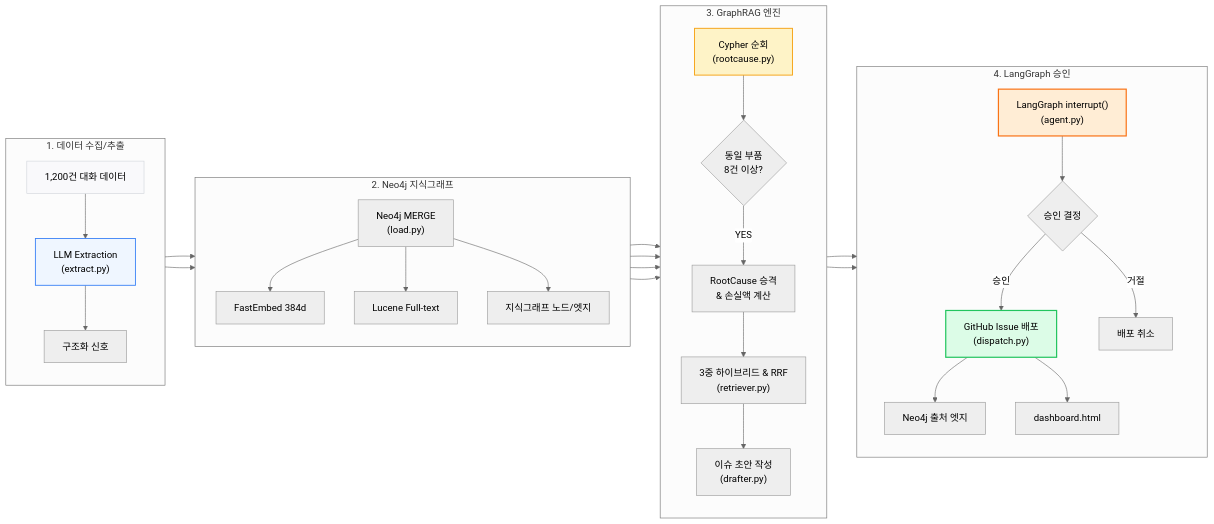
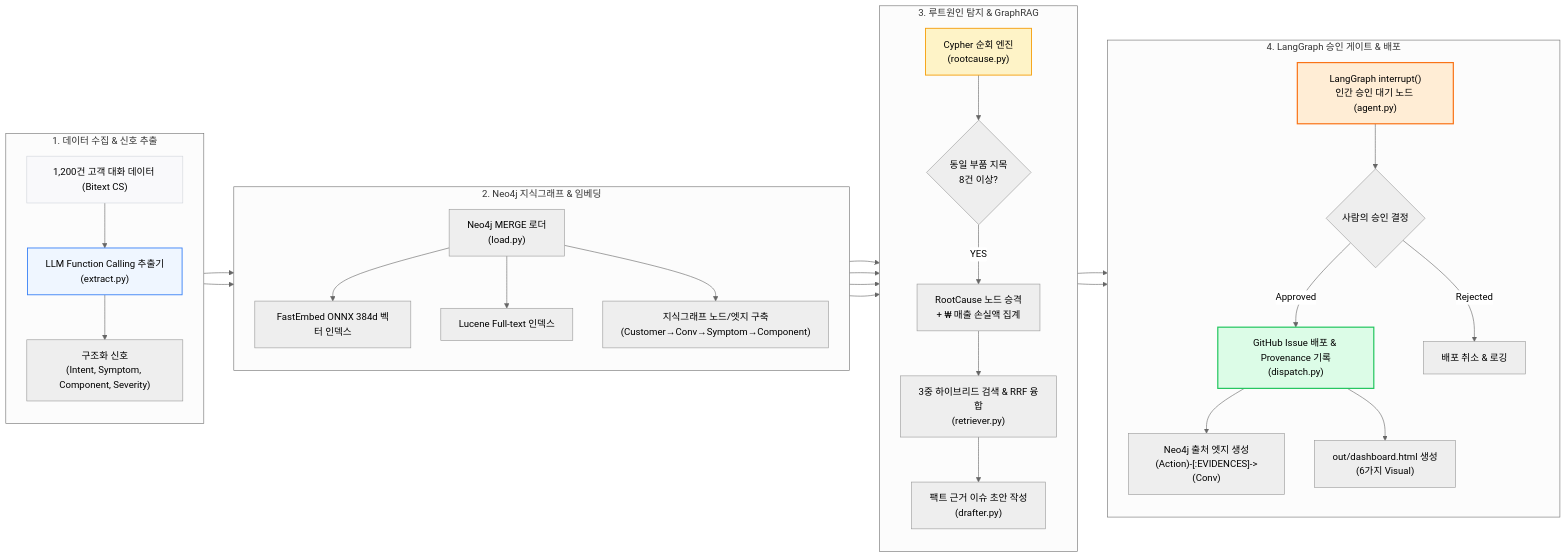
Before and after one commit to kanziman/channel-voc-demo: the second of 4 diagrams in README.md, drawn with Mermaid (neutral theme). The commit also changed other lines of this file, not shown here.

Commit message:
docs(readme): restore full diagram text details with compact horizontal rendering layout

````diff
--- a/README.md
+++ b/README.md
@@ -81,47 +81,47 @@
 ```mermaid
 flowchart LR
-    subgraph DataIngestion ["1. 데이터 수집/추출"]
+    subgraph DataIngestion ["1. 데이터 수집 & 신호 추출"]
         direction TB
-        RAW["1,200건 대화 데이터"] --> EXTRACT["LLM Extraction\n(extract.py)"]
-        EXTRACT --> SIGNALS["구조화 신호"]
+        RAW["1,200건 고객 대화 데이터 (Bitext CS)"] --> EXTRACT["LLM Function Calling 추출기\n(extract.py)"]
+        EXTRACT --> SIGNALS["구조화 신호\n(Intent, Symptom, Component, Severity)"]
     end
 
-    subgraph KnowledgeGraph ["2. Neo4j 지식그래프"]
+    subgraph KnowledgeGraph ["2. Neo4j 지식그래프 & 임베딩"]
         direction TB
-        SIGNALS --> KG_LOAD["Neo4j MERGE\n(load.py)"]
-        KG_LOAD --> DENSE["FastEmbed 384d"]
-        KG_LOAD --> SPARSE["Lucene Full-text"]
-        KG_LOAD --> GRAPH_NODES["지식그래프 노드/엣지"]
+        SIGNALS --> KG_LOAD["Neo4j MERGE 로더\n(load.py)"]
+        KG_LOAD --> DENSE["FastEmbed ONNX 384d 벡터 인덱스"]
+        KG_LOAD --> SPARSE["Lucene Full-text 인덱스"]
+        KG_LOAD --> GRAPH_NODES["지식그래프 노드/엣지 구축\n(Customer→Conv→Symptom→Component)"]
     end
 
-    subgraph RootCauseEngine ["3. GraphRAG 엔진"]
+    subgraph RootCauseEngine ["3. 루트원인 탐지 & GraphRAG"]
         direction TB
-        GRAPH_NODES --> CYPHER["Cypher 순회\n(rootcause.py)"]
-        CYPHER --> PROMOTION{"동일 부품\n8건 이상?"}
-        PROMOTION -- YES --> RC_PROMOTE["RootCause 승격\n& 손실액 계산"]
+        GRAPH_NODES --> CYPHER["Cypher 순회 엔진\n(rootcause.py)"]
+        CYPHER --> PROMOTION{"동일 부품 지목\n8건 이상?"}
+        PROMOTION -- YES --> RC_PROMOTE["RootCause 노드 승격\n+ ₩ 매출 손실액 집계"]
         
-        RC_PROMOTE --> RRF_RETRIEVER["3중 하이브리드 & RRF\n(retriever.py)"]
+        RC_PROMOTE --> RRF_RETRIEVER["3중 하이브리드 검색 & RRF 융합\n(retriever.py)"]
         DENSE --> RRF_RETRIEVER
         SPARSE --> RRF_RETRIEVER
-        RRF_RETRIEVER --> DRAFTER["이슈 초안 작성\n(drafter.py)"]
+        RRF_RETRIEVER --> DRAFTER["팩트 근거 이슈 초안 작성\n(drafter.py)"]
     end
 
-    subgraph HumanInTheLoop ["4. LangGraph 승인"]
+    subgraph HumanInTheLoop ["4. LangGraph 승인 게이트 & 배포"]
         direction TB
-        DRAFTER --> INTERRUPT["LangGraph interrupt()\n(agent.py)"]
-        INTERRUPT --> APPROVAL{"승인 결정"}
-        APPROVAL -- 승인 --> DISPATCH["GitHub Issue 배포\n(dispatch.py)"]
-        APPROVAL -- 거절 --> REJECT["배포 취소"]
+        DRAFTER --> INTERRUPT["LangGraph interrupt()\n인간 승인 대기 노드 (agent.py)"]
+        INTERRUPT --> APPROVAL{"사람의 승인 결정"}
+        APPROVAL -- Approved --> DISPATCH["GitHub Issue 배포 & Provenance 기록\n(dispatch.py)"]
+        APPROVAL -- Rejected --> REJECT["배포 취소 & 로깅"]
         
-        DISPATCH --> NEO4J_EDGE["Neo4j 출처 엣지"]
-        DISPATCH --> DASHBOARD["dashboard.html"]
+        DISPATCH --> NEO4J_EDGE["Neo4j 출처 엣지 생성\n(Action)-[:EVIDENCES]->(Conv)"]
+        DISPATCH --> DASHBOARD["out/dashboard.html 생성\n(6가지 Visual)"]
     end
 
     DataIngestion --> KnowledgeGraph --> RootCauseEngine --> HumanInTheLoop
 
     style RAW fill:#f9f9fb,stroke:#d1d5db,stroke-width:1px
     style EXTRACT fill:#eff6ff,stroke:#3b82f6,stroke-width:1.5px
     style CYPHER fill:#fef3c7,stroke:#f59e0b,stroke-width:1.5px
     style INTERRUPT fill:#ffedd5,stroke:#f97316,stroke-width:2px
     style DISPATCH fill:#dcfce7,stroke:#22c55e,stroke-width:2px
 ```
````
